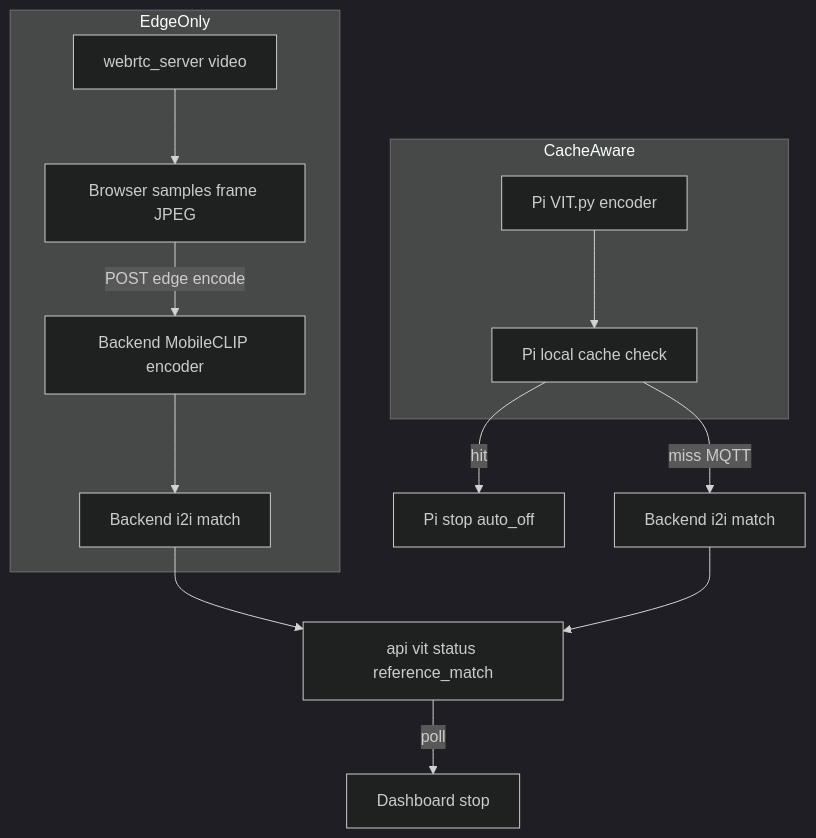
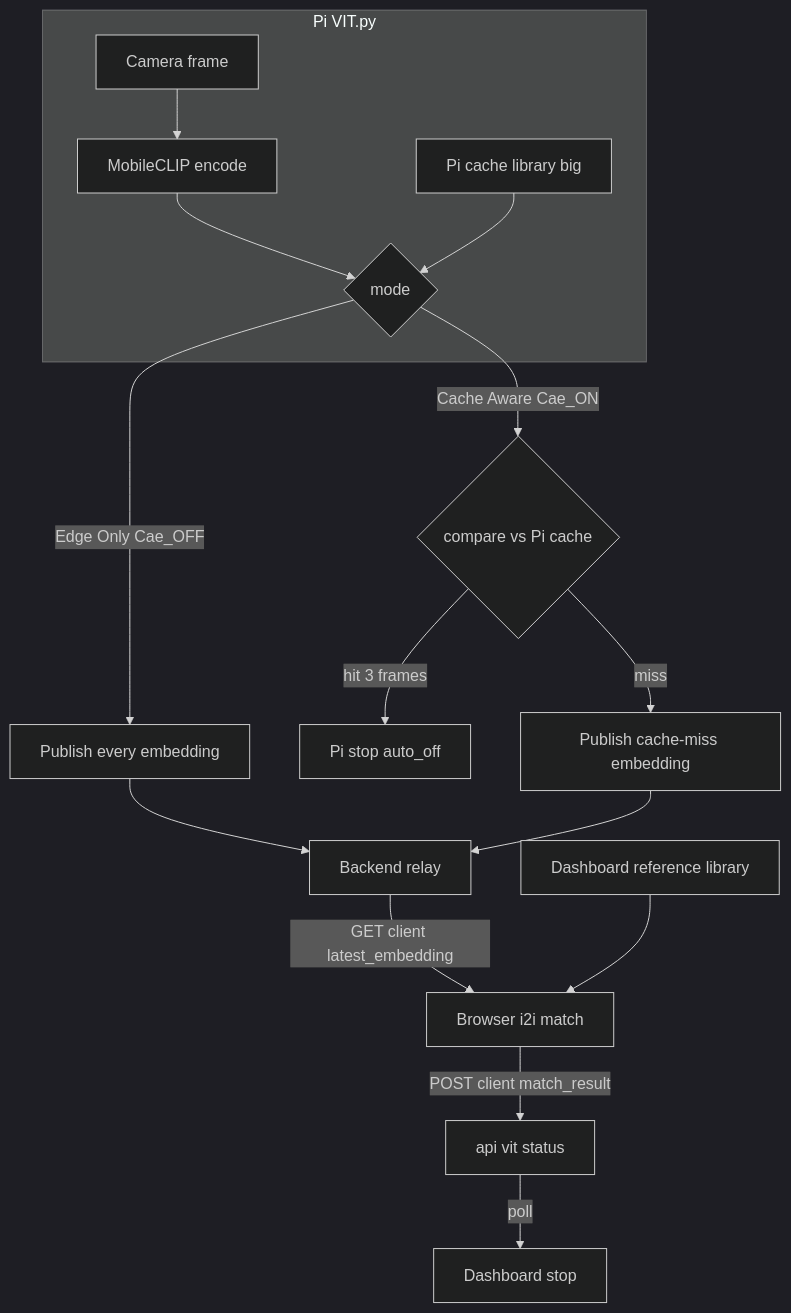
The first of 2 diagrams in Yahboom Dashboard/docs/EDGE_REFERENCE_MATCHING.md (nyx-ulrix/YahboomProject), drawn with Mermaid (dark theme) before and after one commit. The commit also changed other lines of this file and 15 other files, not shown here.

Commit message:
updated cache USING Image to Image ONLY

````diff
--- a/Yahboom Dashboard/docs/EDGE_REFERENCE_MATCHING.md
+++ b/Yahboom Dashboard/docs/EDGE_REFERENCE_MATCHING.md
@@ -30,16 +37,18 @@
 ```mermaid
 flowchart TB
-  subgraph edgeMode [EdgeOnly]
-    WebRTC[webrtc_server video] --> Browser[Browser samples frame JPEG]
-    Browser -->|POST edge encode| BackendEnc[Backend MobileCLIP encoder]
-    BackendEnc --> BackendMatch[Backend i2i match]
+  subgraph piSide [Pi VIT.py]
+    Cam[Camera frame] --> Enc[MobileCLIP encode]
+    Enc --> Gate{mode}
+    PiCache[Pi cache library big] --> Gate
   end
-  subgraph cacheMode [CacheAware]
-    PiEnc[Pi VIT.py encoder] --> PiCache[Pi local cache check]
-  end
-  PiCache -->|hit| PiStop[Pi stop auto_off]
-  PiCache -->|miss MQTT| BackendMatch2[Backend i2i match]
-  BackendMatch --> Status[api vit status reference_match]
-  BackendMatch2 --> Status
+  Gate -->|"Edge Only Cae_OFF"| SendAll[Publish every embedding]
+  Gate -->|"Cache Aware Cae_ON"| Check{compare vs Pi cache}
+  Check -->|hit 3 frames| PiStop[Pi stop auto_off]
+  Check -->|miss| SendMiss[Publish cache-miss embedding]
+  SendAll --> Relay[Backend relay]
+  SendMiss --> Relay
+  Relay -->|GET client latest_embedding| Cli[Browser i2i match]
+  Ref[Dashboard reference library] --> Cli
+  Cli -->|POST client match_result| Status[api vit status]
   Status -->|poll| StopClient[Dashboard stop]
 ```
````
